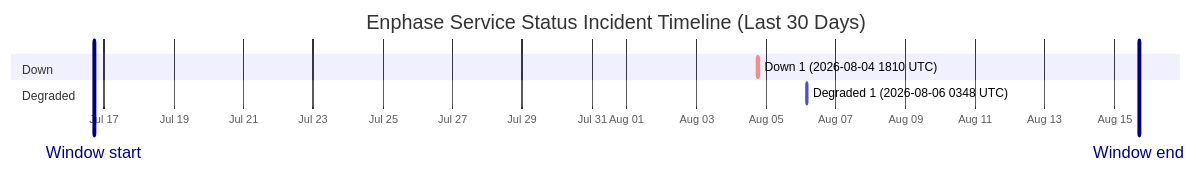
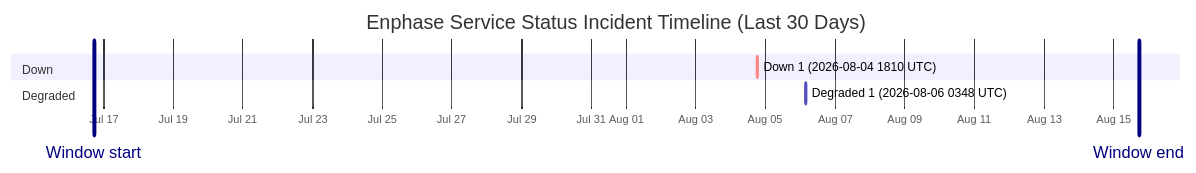
The diagram in wiki/Service-Status-History.md (barneyonline/ha-enphase-energy), drawn with Mermaid before and after one commit. The commit also changed other lines of this file and 3 other files, not shown here.

````diff
--- a/wiki/Service-Status-History.md
+++ b/wiki/Service-Status-History.md
@@ -14,12 +14,12 @@
 ```mermaid
 gantt
     title Enphase Service Status Incident Timeline (Last 30 Days)
     dateFormat  YYYY-MM-DDTHH:mm:ss
     axisFormat  %b %d
-    Window start :vert, window-start, 2026-07-16T16:54:27, 0ms
-    Window end :vert, window-end, 2026-08-15T16:54:27, 0ms
+    Window start :vert, window-start, 2026-07-16T17:18:34, 0ms
+    Window end :vert, window-end, 2026-08-15T17:18:34, 0ms
     section Down
     Down 1 (2026-08-04 1810 UTC) :crit, down-1, 2026-08-04T18:10:46, 60m
     section Degraded
     Degraded 1 (2026-08-06 0348 UTC) :active, degraded-1, 2026-08-06T03:48:14, 60m
 ```
````
